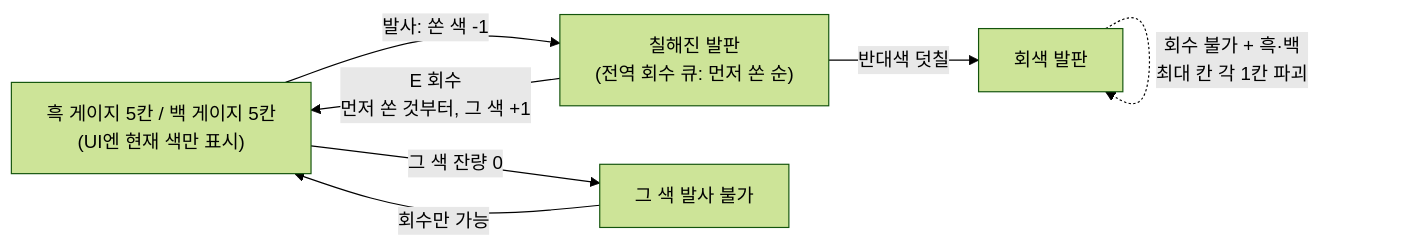
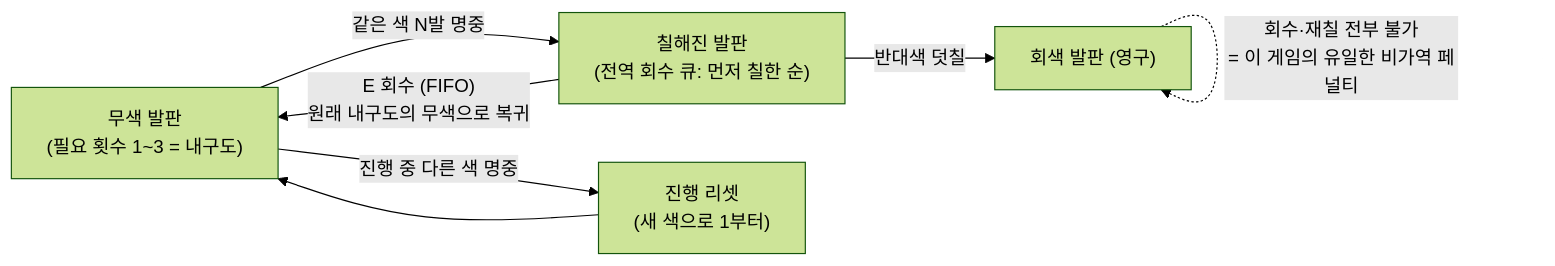
One commit to BlackBear1210/color changed the third of 6 diagrams in docs/기획서_규칙_플로우차트.md. Above: the diagram before and after it, drawn with Mermaid (forest theme). The commit also changed other lines of this file and 47 other files, not shown here.

````diff
--- a/docs/기획서_규칙_플로우차트.md
+++ b/docs/기획서_규칙_플로우차트.md
@@ -161,9 +188,9 @@
 ```mermaid
 flowchart LR
-	A["흑 게이지 5칸 / 백 게이지 5칸<br/>(UI엔 현재 색만 표시)"] -->|"발사: 쏜 색 -1"| B["칠해진 발판<br/>(전역 회수 큐: 먼저 쏜 순)"]
-	B -->|"E 회수<br/>먼저 쏜 것부터, 그 색 +1"| A
-	B -->|"반대색 덧칠"| C["회색 발판"]
-	C -.->|"회수 불가 + 흑·백<br/>최대 칸 각 1칸 파괴"| C
-	A -->|"그 색 잔량 0"| D["그 색 발사 불가"]
-	D -->|"회수만 가능"| A
+	A["무색 발판<br/>(필요 횟수 1~3 = 내구도)"] -->|"같은 색 N발 명중"| B["칠해진 발판<br/>(전역 회수 큐: 먼저 칠한 순)"]
+	A -->|"진행 중 다른 색 명중"| A2["진행 리셋<br/>(새 색으로 1부터)"]
+	A2 --> A
+	B -->|"E 회수 (FIFO)<br/>원래 내구도의 무색으로 복귀"| A
+	B -->|"반대색 덧칠"| C["회색 발판 (영구)"]
+	C -.->|"회수·재칠 전부 불가<br/>= 이 게임의 유일한 비가역 페널티"| C
 ```
````
